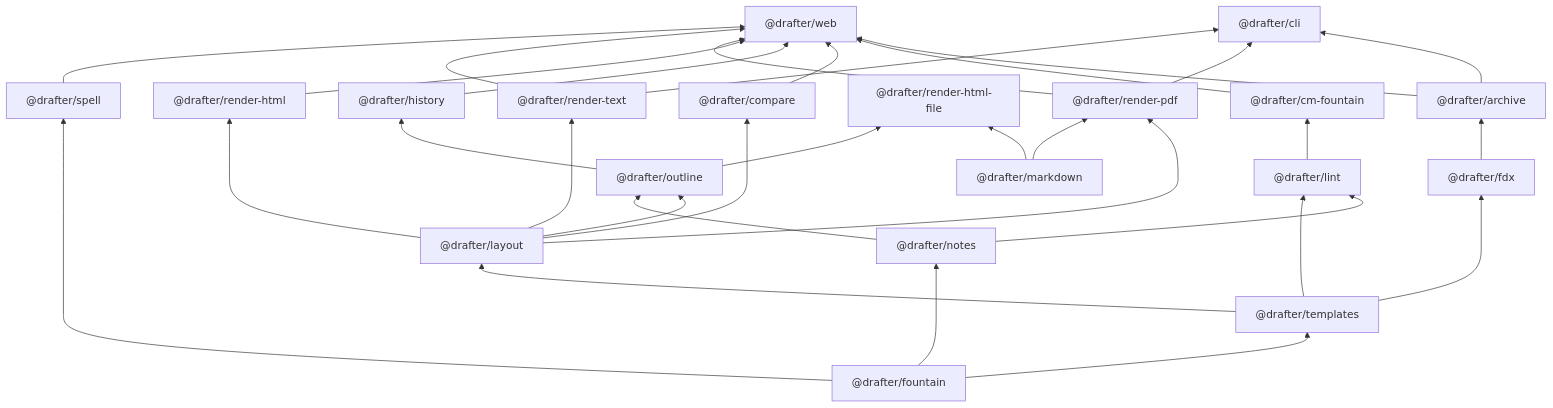
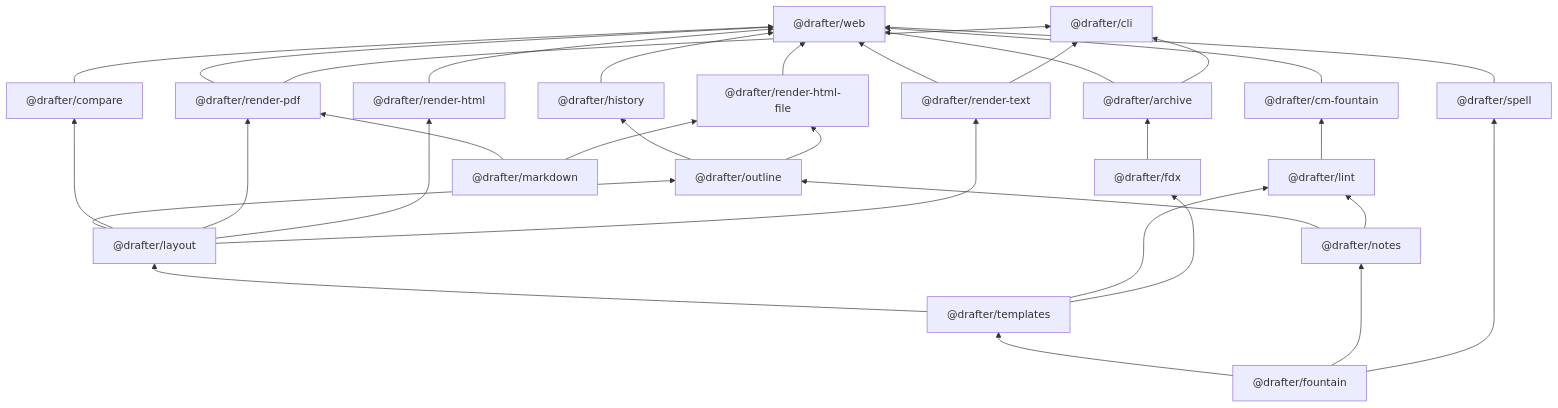
One commit to cschweda/drafter changed the first of 5 diagrams in docs/technical-details.md. Above: the diagram before and after it, drawn with Mermaid. The commit also changed 36 other files, not shown here.

Commit message:
feat(web): Export as HTML, for scripts and Markdown documents, on the web and the desktop

````diff
--- a/docs/technical-details.md
+++ b/docs/technical-details.md
@@ -36,52 +36,53 @@
 ```mermaid
 flowchart BT
   web["@drafter/web"]
   cli["@drafter/cli"]
   cm_fountain["@drafter/cm-fountain"]
   outline["@drafter/outline"]
   compare["@drafter/compare"]
   history["@drafter/history"]
   render_pdf["@drafter/render-pdf"]
   render_html["@drafter/render-html"]
   render_html_file["@drafter/render-html-file"]
   render_text["@drafter/render-text"]
   layout["@drafter/layout"]
   lint["@drafter/lint"]
   fdx["@drafter/fdx"]
   archive["@drafter/archive"]
   templates["@drafter/templates"]
   notes["@drafter/notes"]
   spell["@drafter/spell"]
   markdown["@drafter/markdown"]
   fountain["@drafter/fountain"]
   archive --> web
   cm_fountain --> web
   compare --> web
   history --> web
   render_html --> web
+  render_html_file --> web
   render_pdf --> web
   render_text --> web
   spell --> web
   archive --> cli
   render_pdf --> cli
   render_text --> cli
   lint --> cm_fountain
   layout --> outline
   notes --> outline
   layout --> compare
   outline --> history
   layout --> render_pdf
   markdown --> render_pdf
   layout --> render_html
   markdown --> render_html_file
   outline --> render_html_file
   layout --> render_text
   templates --> layout
   notes --> lint
   templates --> lint
   templates --> fdx
   fdx --> archive
   fountain --> templates
   fountain --> notes
   fountain --> spell
 ```
````
